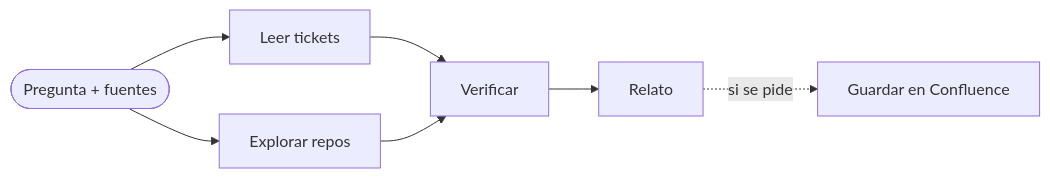
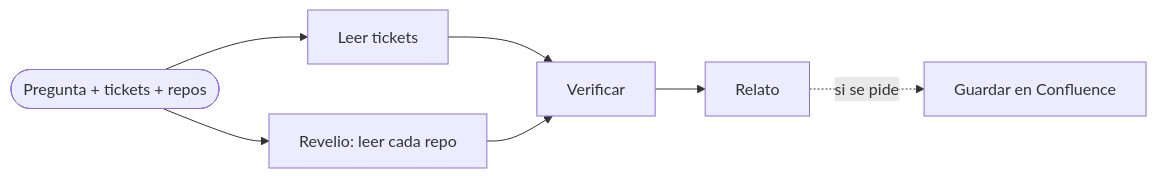
Before and after one commit to guilleheizen/desiluminador: the diagram in README.md, drawn with Mermaid. The commit also changed other lines of this file and 6 other files, not shown here.

````diff
--- a/README.md
+++ b/README.md
@@ -21,9 +28,9 @@
 ```mermaid
 flowchart LR
-  P([Pregunta + fuentes]) --> T[Leer tickets]
-  P --> E[Explorar repos]
+  P([Pregunta + tickets + repos]) --> T[Leer tickets]
+  P --> E[Revelio: leer cada repo]
   T --> V[Verificar]
   E --> V
   V --> R[Relato]
   R -. si se pide .-> G[Guardar en Confluence]
 ```
````
